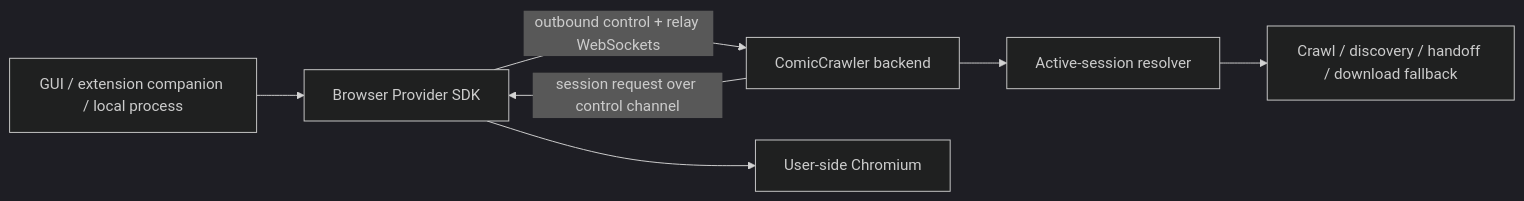
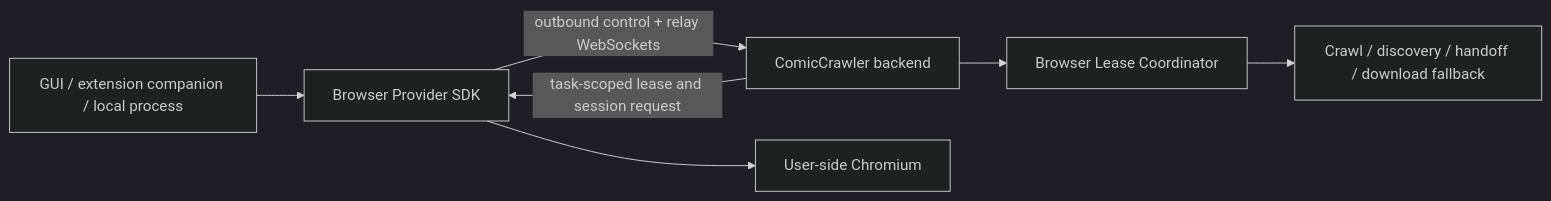
One commit to luberserker0v0/comic-crawler changed the third of 3 diagrams in docs/ARCHITECTURE.md. Above: the diagram before and after it, drawn with Mermaid (dark theme). The commit also changed other lines of this file and 120 other files, not shown here.

Commit message:
feat(browser): add task-scoped remote worker leases

````diff
--- a/docs/ARCHITECTURE.md
+++ b/docs/ARCHITECTURE.md
@@ -185,9 +185,9 @@
 ```mermaid
 flowchart LR
   Client[GUI / extension companion / local process] --> Provider[Browser Provider SDK]
   Provider -->|outbound control + relay WebSockets| Cloud[ComicCrawler backend]
-  Cloud -->|session request over control channel| Provider
+  Cloud -->|task-scoped lease and session request| Provider
   Provider --> Browser[User-side Chromium]
-  Cloud --> Resolver[Active-session resolver]
-  Resolver --> Crawl[Crawl / discovery / handoff / download fallback]
+  Cloud --> Lease[Browser Lease Coordinator]
+  Lease --> Crawl[Crawl / discovery / handoff / download fallback]
 ```
````
